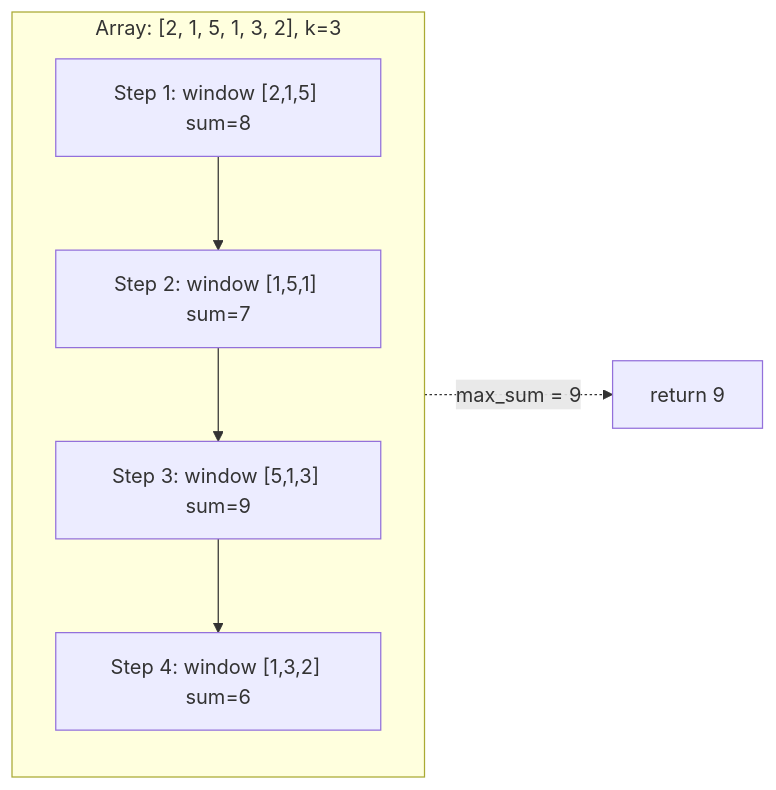
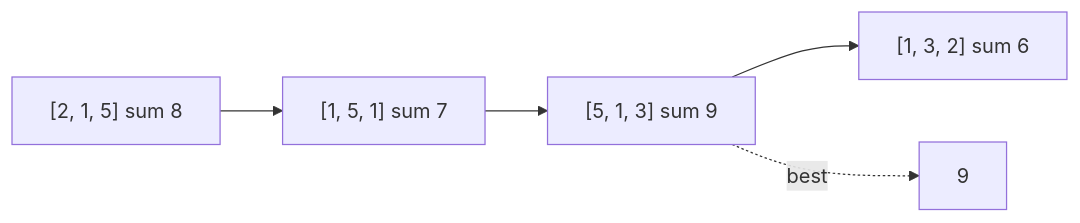
The second of 4 diagrams in content/07_Data_Structures_and_Algorithms/11_Problem_Solving_Patterns/concepts.md (amendez13/swe-study-guide), drawn with Mermaid before and after one commit. The commit also changed other lines of this file and 2 other files, not shown here.

````diff
--- a/content/07_Data_Structures_and_Algorithms/11_Problem_Solving_Patterns/concepts.md
+++ b/content/07_Data_Structures_and_Algorithms/11_Problem_Solving_Patterns/concepts.md
@@ -77,12 +345,7 @@
 ```mermaid
 flowchart LR
-    subgraph "Array: [2, 1, 5, 1, 3, 2], k=3"
-        direction TB
-        S1["Step 1: window [2,1,5] sum=8"]
-        S2["Step 2: window [1,5,1] sum=7"]
-        S3["Step 3: window [5,1,3] sum=9"]
-        S4["Step 4: window [1,3,2] sum=6"]
-        S1 --> S2 --> S3 --> S4
-    end
-    S3 -. "max_sum = 9" .-> Result["return 9"]
+    S1["[2, 1, 5] sum 8"] --> S2["[1, 5, 1] sum 7"]
+    S2 --> S3["[5, 1, 3] sum 9"]
+    S3 --> S4["[1, 3, 2] sum 6"]
+    S3 -. "best" .-> R["9"]
 ```
````
